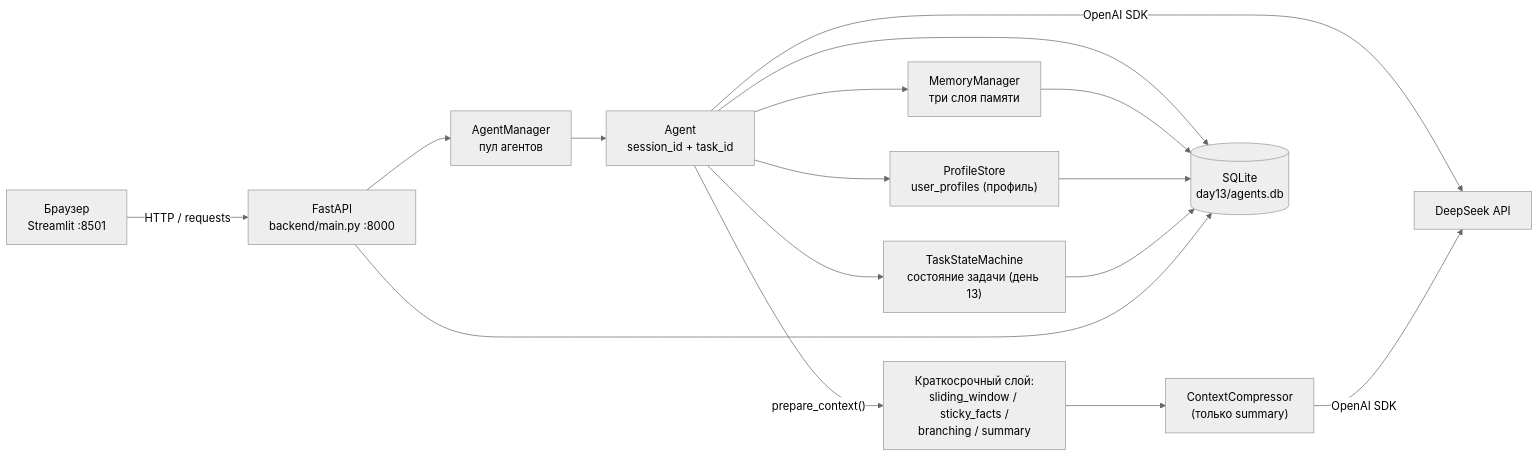
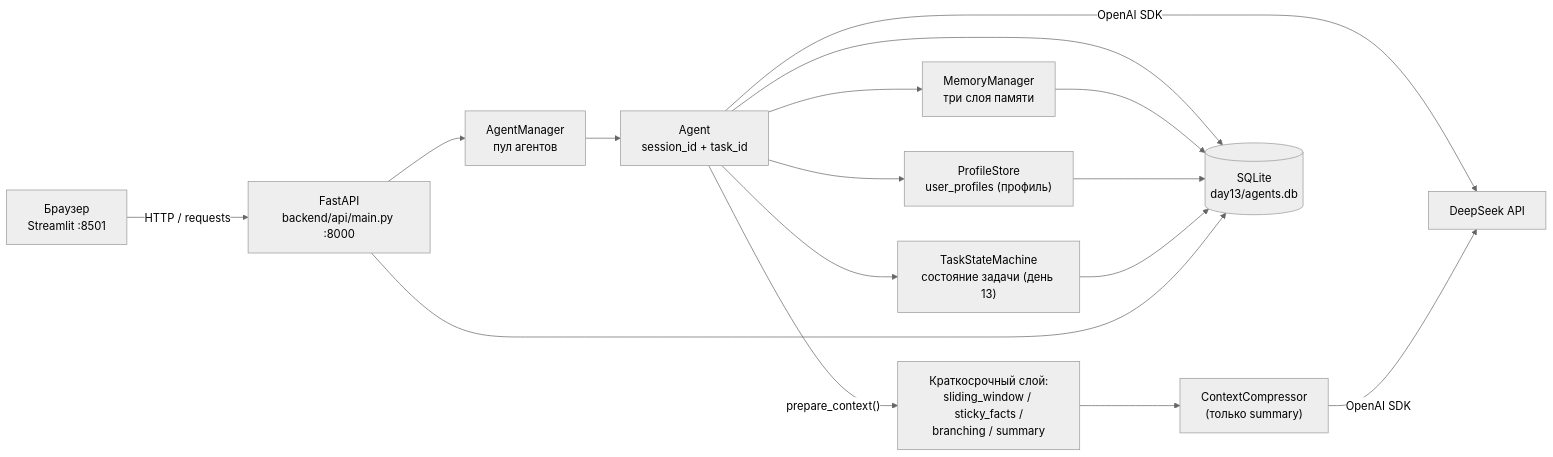
Before and after one commit to ilushkius/ai-advent-challenge: the diagram in day13/docs/architecture.md, drawn with Mermaid (neutral theme). The commit also changed other lines of this file and 183 other files, not shown here.

````diff
--- a/day13/docs/architecture.md
+++ b/day13/docs/architecture.md
@@ -53,18 +53,18 @@
 ```mermaid
 flowchart LR
-    U["Браузер<br/>Streamlit :8501"] -->|HTTP / requests| A["FastAPI<br/>backend/main.py :8000"]
+    U["Браузер<br/>Streamlit :8501"] -->|HTTP / requests| A["FastAPI<br/>backend/api/main.py :8000"]
     A --> M["AgentManager<br/>пул агентов"]
     M --> AG["Agent<br/>session_id + task_id"]
     AG --> MM["MemoryManager<br/>три слоя памяти"]
     AG --> PS["ProfileStore<br/>user_profiles (профиль)"]
     AG --> TS["TaskStateMachine<br/>состояние задачи (день 13)"]
     AG -->|"prepare_context()"| S["Краткосрочный слой:<br/>sliding_window / sticky_facts /<br/>branching / summary"]
     S --> CP["ContextCompressor<br/>(только summary)"]
     AG -->|OpenAI SDK| D["DeepSeek API"]
     CP -->|OpenAI SDK| D
     AG --> DB[("SQLite<br/>day13/agents.db")]
     MM --> DB
     PS --> DB
     TS --> DB
     A --> DB
 ```
````
